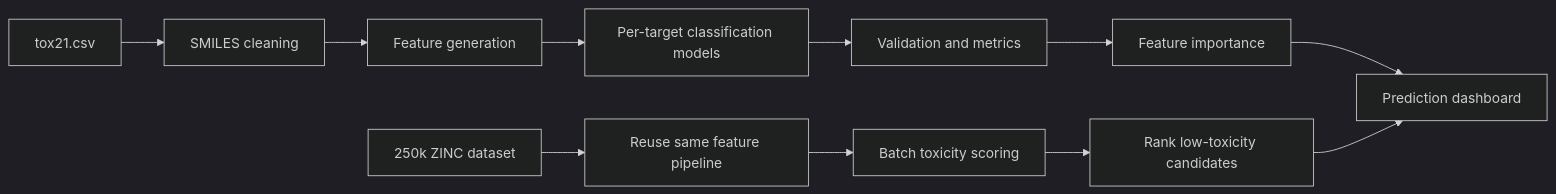
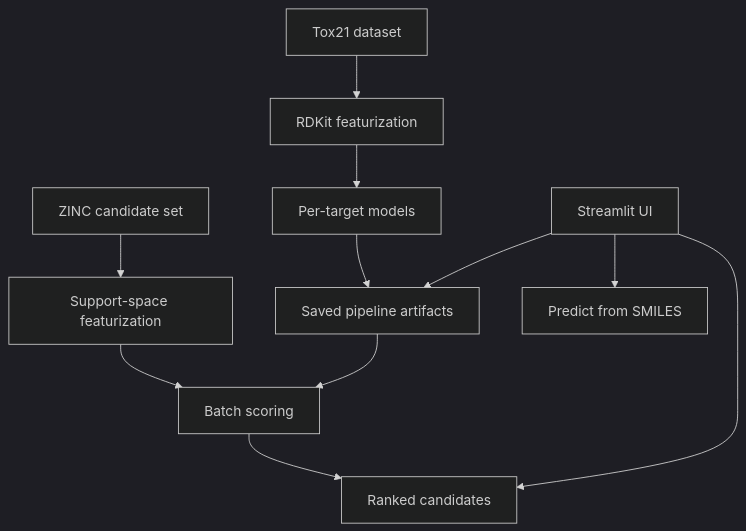
Before and after one commit to GayatriParimiDev/Codecure_404TeamNameNotFound: the diagram in README.md, drawn with Mermaid (dark theme). The commit also changed other lines of this file, not shown here.

````diff
--- a/README.md
+++ b/README.md
@@ -101,14 +50,15 @@
 ```mermaid
-flowchart LR
-    A[tox21.csv] --> B[SMILES cleaning]
-    B --> C[Feature generation]
-    C --> D[Per-target classification models]
-    D --> E[Validation and metrics]
-    E --> F[Feature importance]
-    F --> G[Prediction dashboard]
-
-    H[250k ZINC dataset] --> I[Reuse same feature pipeline]
-    I --> J[Batch toxicity scoring]
-    J --> K[Rank low-toxicity candidates]
-    K --> G
+flowchart TD
+    A[Tox21 dataset] --> B[RDKit featurization]
+    B --> C[Per-target models]
+    C --> D[Saved pipeline artifacts]
+    
+    E[ZINC candidate set] --> F[Support-space featurization]
+    F --> G[Batch scoring]
+    D --> G
+    G --> H[Ranked candidates]
+    
+    I[Streamlit UI] --> D
+    I --> J[Predict from SMILES]
+    I --> H
 ```
````
